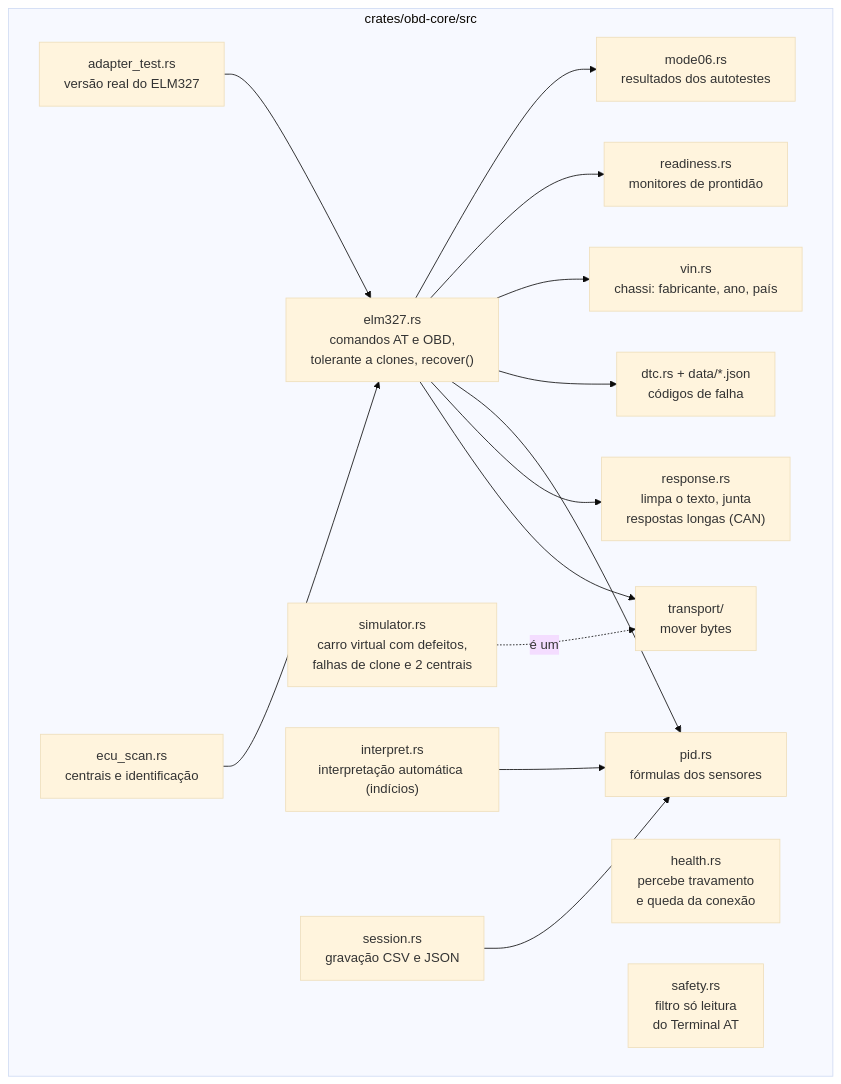
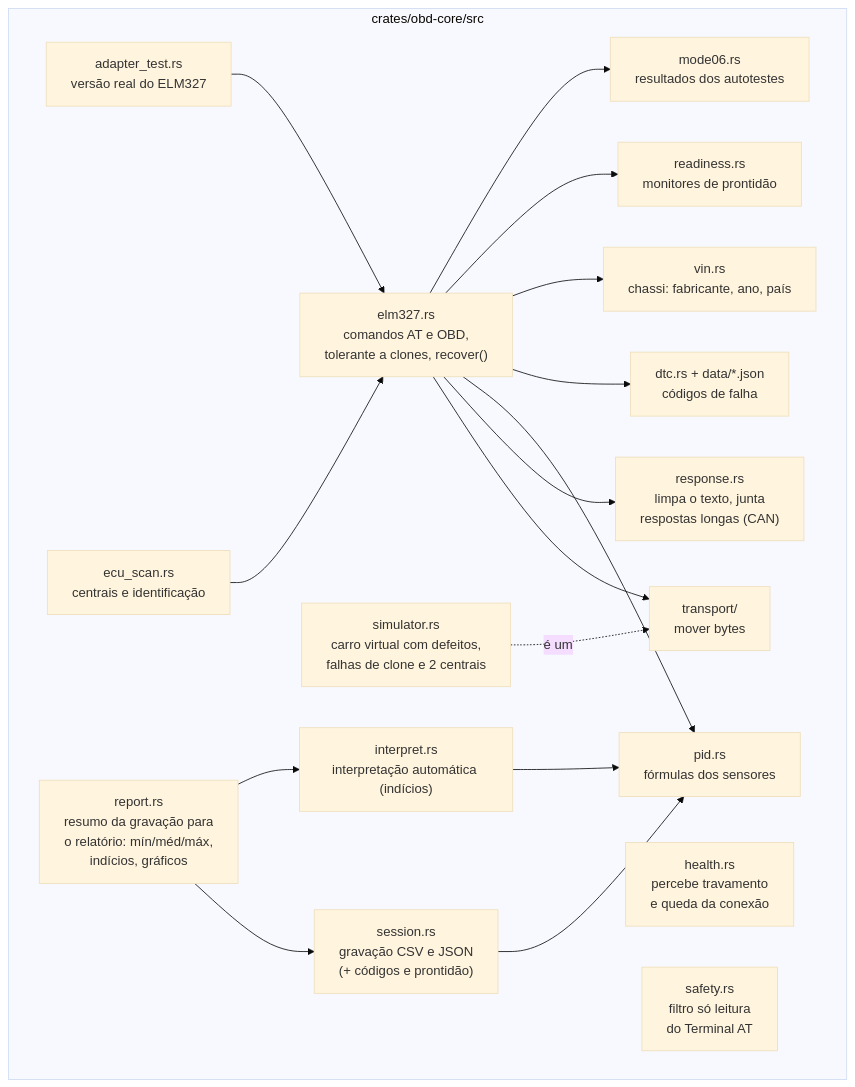
The fourth of 13 diagrams in docs/DIAGRAMAS.md (samuvieceli/obd2-scanner), drawn with Mermaid (base theme) before and after one commit. The commit also changed other lines of this file and 19 other files, not shown here.

First line of the commit message:
Relatório de diagnóstico gerado a partir de uma gravação

````diff
--- a/docs/DIAGRAMAS.md
+++ b/docs/DIAGRAMAS.md
@@ -107,28 +107,30 @@
 ```mermaid
 flowchart TB
     subgraph core["crates/obd-core/src"]
         transport["transport/<br/>mover bytes"]
         elm327["elm327.rs<br/>comandos AT e OBD,<br/>tolerante a clones, recover()"]
         response["response.rs<br/>limpa o texto, junta<br/>respostas longas (CAN)"]
         health["health.rs<br/>percebe travamento<br/>e queda da conexão"]
         pid["pid.rs<br/>fórmulas dos sensores"]
         dtc["dtc.rs + data/*.json<br/>códigos de falha"]
         vin["vin.rs<br/>chassi: fabricante, ano, país"]
         readiness["readiness.rs<br/>monitores de prontidão"]
         mode06["mode06.rs<br/>resultados dos autotestes"]
         interpret["interpret.rs<br/>interpretação automática (indícios)"]
-        session["session.rs<br/>gravação CSV e JSON"]
+        session["session.rs<br/>gravação CSV e JSON<br/>(+ códigos e prontidão)"]
+        report["report.rs<br/>resumo da gravação para<br/>o relatório: mín/méd/máx,<br/>indícios, gráficos"]
         simulator["simulator.rs<br/>carro virtual com defeitos,<br/>falhas de clone e 2 centrais"]
         adaptertest["adapter_test.rs<br/>versão real do ELM327"]
         ecuscan["ecu_scan.rs<br/>centrais e identificação"]
         safety["safety.rs<br/>filtro só leitura<br/>do Terminal AT"]
     end
     adaptertest --> elm327
     ecuscan --> elm327
     elm327 --> transport
     elm327 --> response
     elm327 --> pid & dtc & vin & readiness & mode06
     simulator -. "é um" .-> transport
     interpret --> pid
     session --> pid
+    report --> session & interpret
 ```
````
